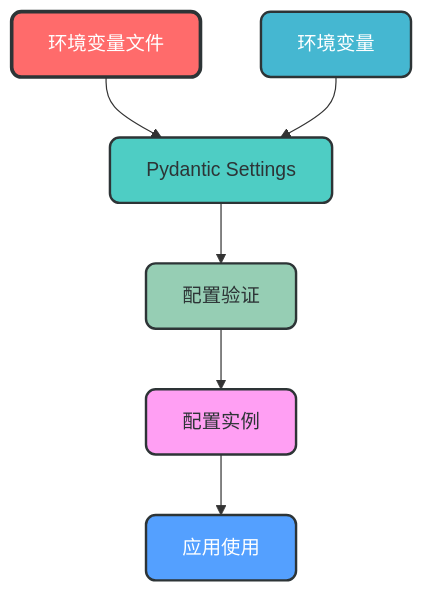
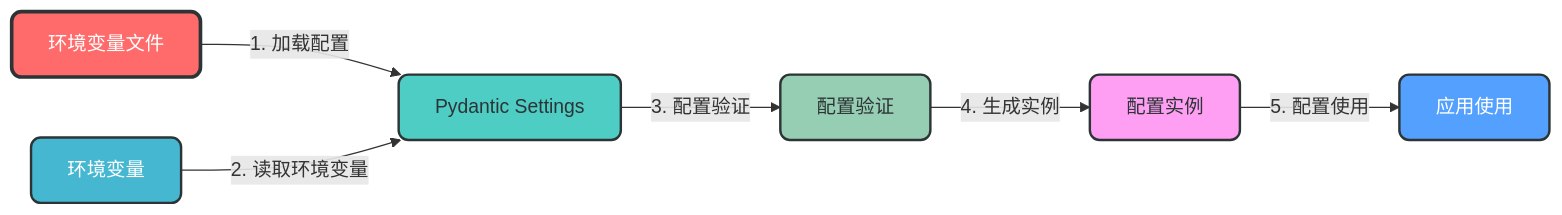
Before and after one commit to amuqiao/fastapi-enterprise-framework-template: the fifth of 24 diagrams in docs/design/architecture_guide.md, drawn with Mermaid. The commit also changed other lines of this file, not shown here.

````diff
--- a/docs/design/architecture_guide.md
+++ b/docs/design/architecture_guide.md
@@ -369,15 +369,15 @@
 ```mermaid
-graph TD
-    A[环境变量文件] --> B[Pydantic Settings]
-    C[环境变量] --> B
-    B --> D[配置验证]
-    D --> E[配置实例]
-    E --> F[应用使用]
+graph LR
+    A[环境变量文件] -->|1. 加载配置| B[Pydantic Settings]
+    C[环境变量] -->|2. 读取环境变量| B
+    B -->|3. 配置验证| D[配置验证]
+    D -->|4. 生成实例| E[配置实例]
+    E -->|5. 配置使用| F[应用使用]
     
     style A fill:#FF6B6B,stroke:#2D3436,stroke-width:3px,color:white,rx:8,ry:8
     style B fill:#4ECDC4,stroke:#2D3436,stroke-width:2px,color:#2D3436,rx:8,ry:8
     style C fill:#45B7D1,stroke:#2D3436,stroke-width:2px,color:white,rx:8,ry:8
     style D fill:#96CEB4,stroke:#2D3436,stroke-width:2px,color:#2D3436,rx:8,ry:8
     style E fill:#FF9FF3,stroke:#2D3436,stroke-width:2px,color:#2D3436,rx:8,ry:8
     style F fill:#54A0FF,stroke:#2D3436,stroke-width:2px,color:white,rx:8,ry:8
 ```
````
